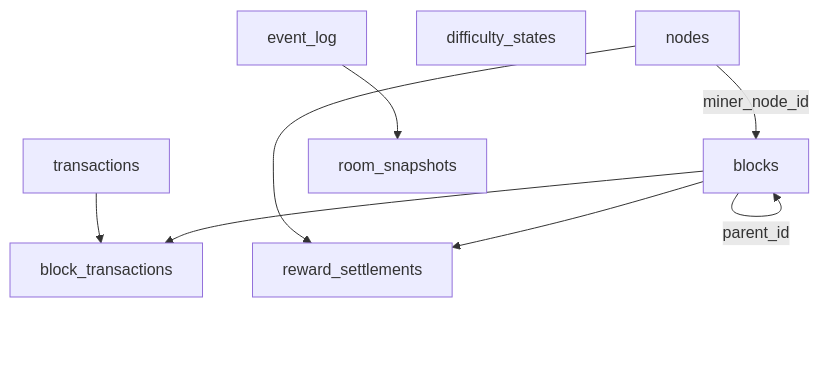
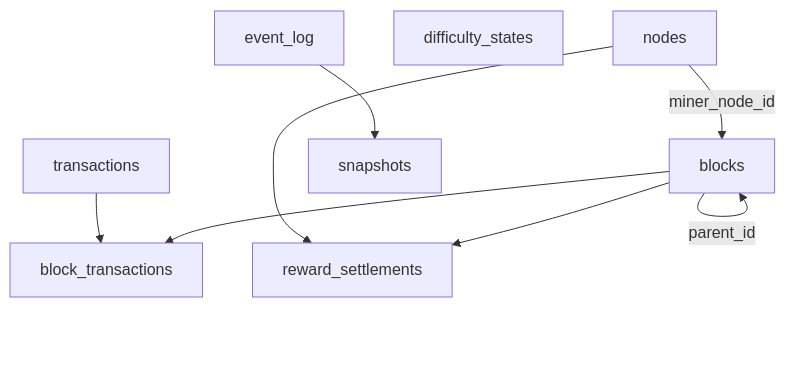
Before and after one commit to 1hoodlab/bitpool: the diagram in docs/DB_DESIGN.md, drawn with Mermaid. The commit also changed other lines of this file and 9 other files, not shown here.

First line of the commit message:
Refactors event logging and snapshots for global scope

````diff
--- a/docs/DB_DESIGN.md
+++ b/docs/DB_DESIGN.md
@@ -5,19 +5,19 @@
 ```mermaid
 flowchart TD
     Nodes[nodes]
     Blocks[blocks]
     Transactions[transactions]
     BlockTransactions[block_transactions]
     DifficultyStates[difficulty_states]
     RewardSettlements[reward_settlements]
     EventLog[event_log]
-    RoomSnapshots[room_snapshots]
+    Snapshots[snapshots]
 
     Nodes -->|"miner_node_id"| Blocks
     Blocks -->|"parent_id"| Blocks
     Blocks --> BlockTransactions
     Transactions --> BlockTransactions
     Blocks --> RewardSettlements
     Nodes --> RewardSettlements
-    EventLog --> RoomSnapshots
+    EventLog --> Snapshots
 ```
````
